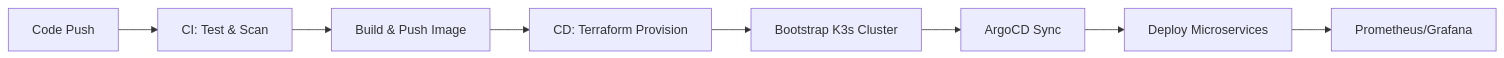
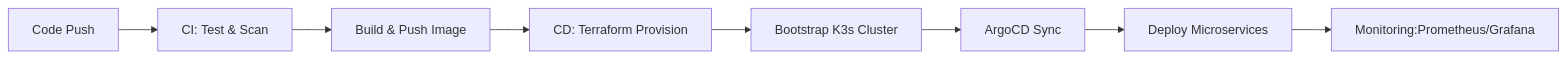
Before and after one commit to thomasasamba-bot/fastapi-ci-cd-project: the diagram in README.md, drawn with Mermaid. The commit also changed other lines of this file and 2 other files, not shown here.

````diff
--- a/README.md
+++ b/README.md
@@ -17,10 +17,10 @@
 ```mermaid
 graph LR
     Push[Code Push] --> CI[CI: Test & Scan]
     CI --> Build[Build & Push Image]
     Build --> CD[CD: Terraform Provision]
     CD --> K8s[Bootstrap K3s Cluster]
     K8s --> Argo[ArgoCD Sync]
     Argo --> App[Deploy Microservices]
-    App --> Obs[Prometheus/Grafana]
+    App --> Obs[Monitoring:Prometheus/Grafana]
 ```
````
